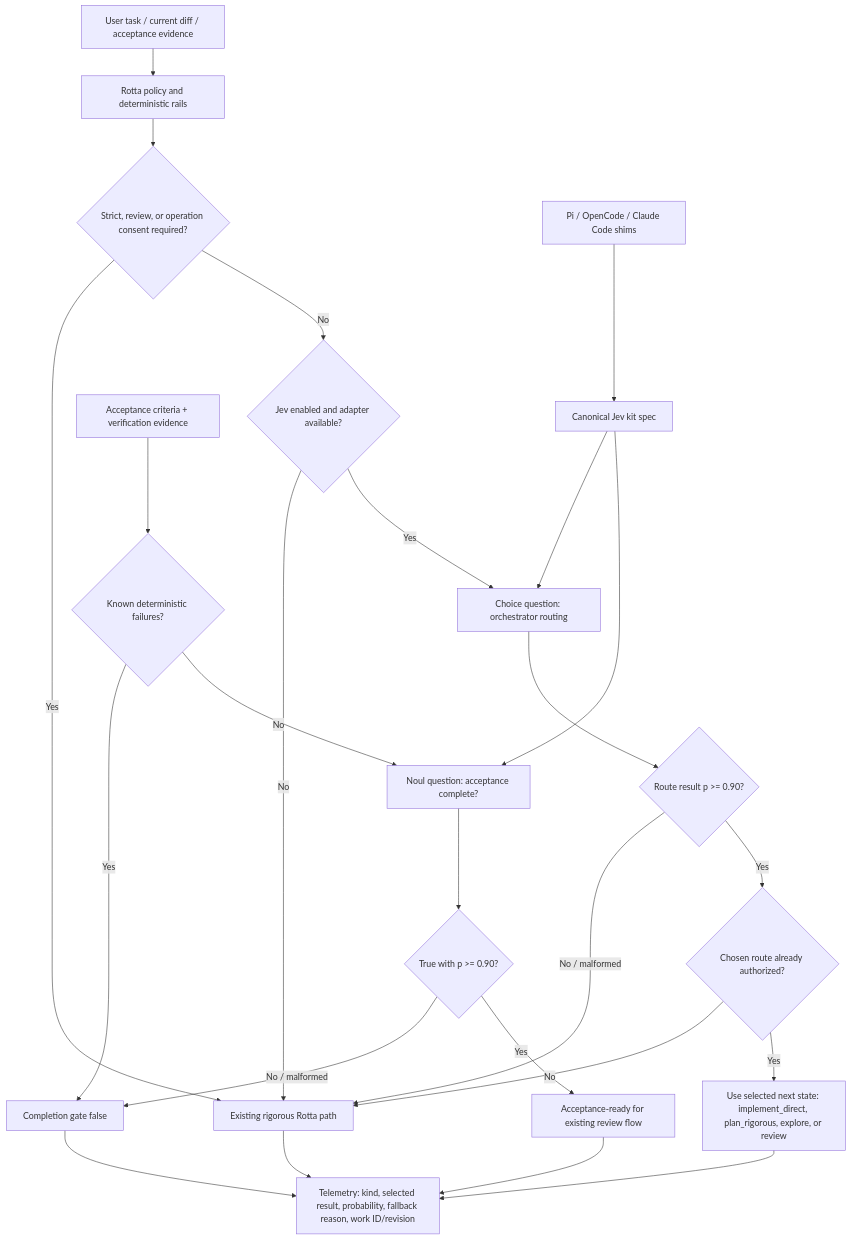
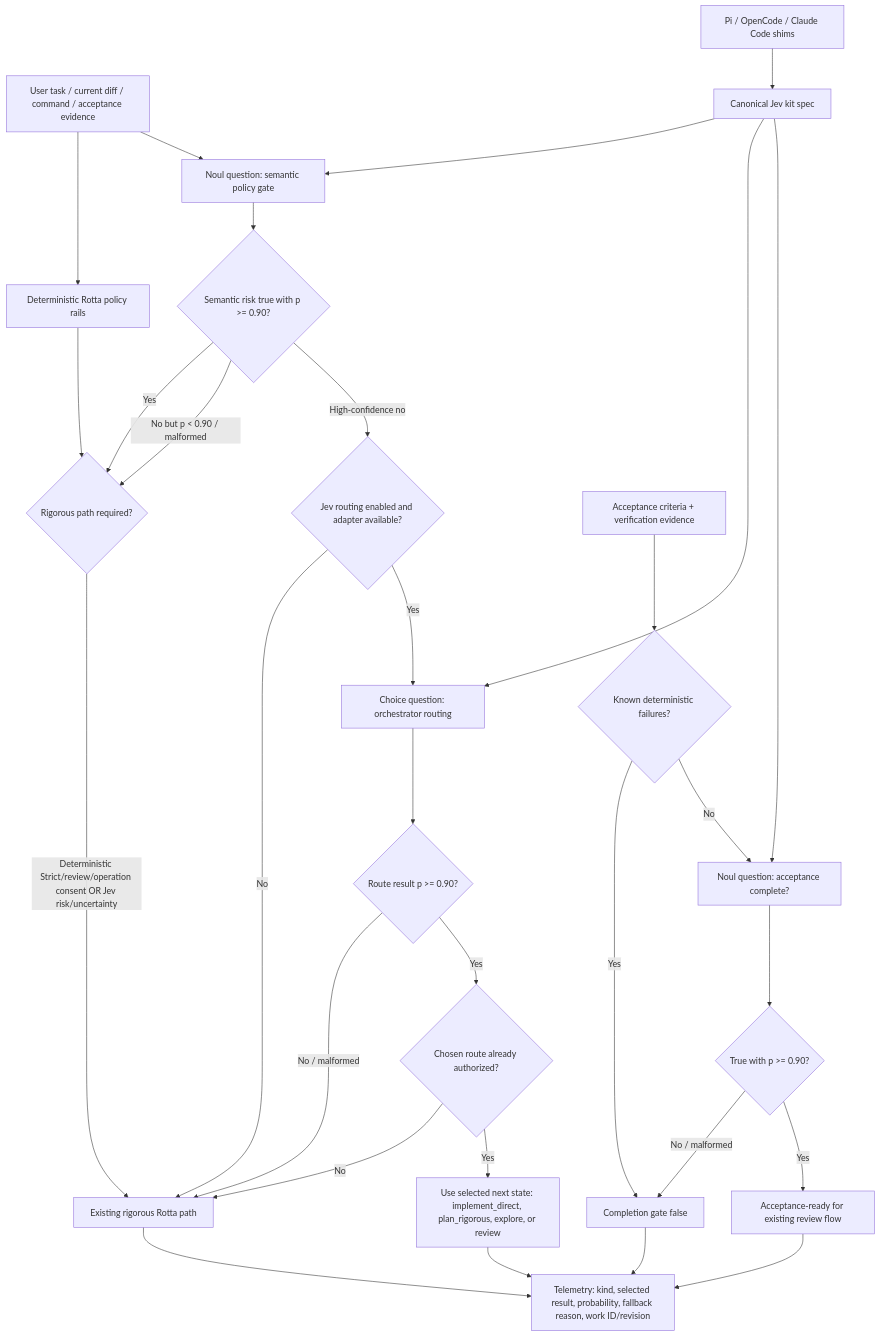
One commit to Syfra3/Rotta changed the second of 2 diagrams in README.md. Above: the diagram before and after it, drawn with Mermaid. The commit also changed other lines of this file and 2 other files, not shown here.

Commit message:
feat(workflow): add Jev policy gate

````diff
--- a/README.md
+++ b/README.md
@@ -113,32 +113,38 @@
 ```mermaid
 flowchart TD
-    request[User task / current diff / acceptance evidence] --> policy[Rotta policy and deterministic rails]
-    policy --> strict{Strict, review, or operation consent required?}
+    request[User task / current diff / command / acceptance evidence] --> deterministic[Deterministic Rotta policy rails]
+    request --> riskQ[Noul question: semantic policy gate]
 
-    strict -- Yes --> rigorous[Existing rigorous Rotta path]
-    strict -- No --> enabled{Jev enabled and adapter available?}
+    kit[Canonical Jev kit spec] --> riskQ
+    kit --> routeQ
+    kit --> completionQ
+    hosts[Pi / OpenCode / Claude Code shims] --> kit
+
+    deterministic --> gate{Rigorous path required?}
+    riskQ --> riskResult{Semantic risk true with p >= 0.90?}
+    riskResult -- Yes --> gate
+    riskResult -- No but p < 0.90 / malformed --> gate
+    riskResult -- High-confidence no --> enabled{Jev routing enabled and adapter available?}
+
+    gate -- Deterministic Strict/review/operation consent OR Jev risk/uncertainty --> rigorous[Existing rigorous Rotta path]
     enabled -- No --> rigorous
 
     enabled -- Yes --> routeQ[Choice question: orchestrator routing]
     routeQ --> routeResult{Route result p >= 0.90?}
     routeResult -- No / malformed --> rigorous
     routeResult -- Yes --> allowed{Chosen route already authorized?}
     allowed -- No --> rigorous
     allowed -- Yes --> selected[Use selected next state: implement_direct, plan_rigorous, explore, or review]
 
     evidence[Acceptance criteria + verification evidence] --> failures{Known deterministic failures?}
     failures -- Yes --> notReady[Completion gate false]
     failures -- No --> completionQ[Noul question: acceptance complete?]
     completionQ --> completionResult{True with p >= 0.90?}
     completionResult -- No / malformed --> notReady
     completionResult -- Yes --> ready[Acceptance-ready for existing review flow]
 
     selected --> telemetry[Telemetry: kind, selected result, probability, fallback reason, work ID/revision]
     rigorous --> telemetry
     ready --> telemetry
     notReady --> telemetry
-
-    kit[Canonical Jev kit spec] --> routeQ
-    kit --> completionQ
-    hosts[Pi / OpenCode / Claude Code shims] --> kit
 ```
````
